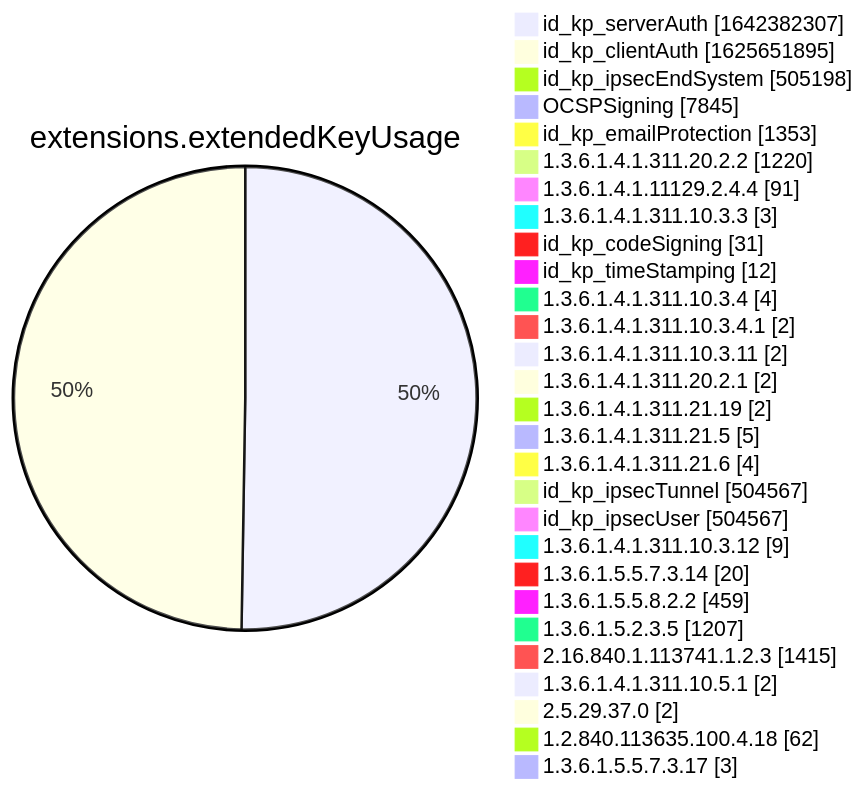
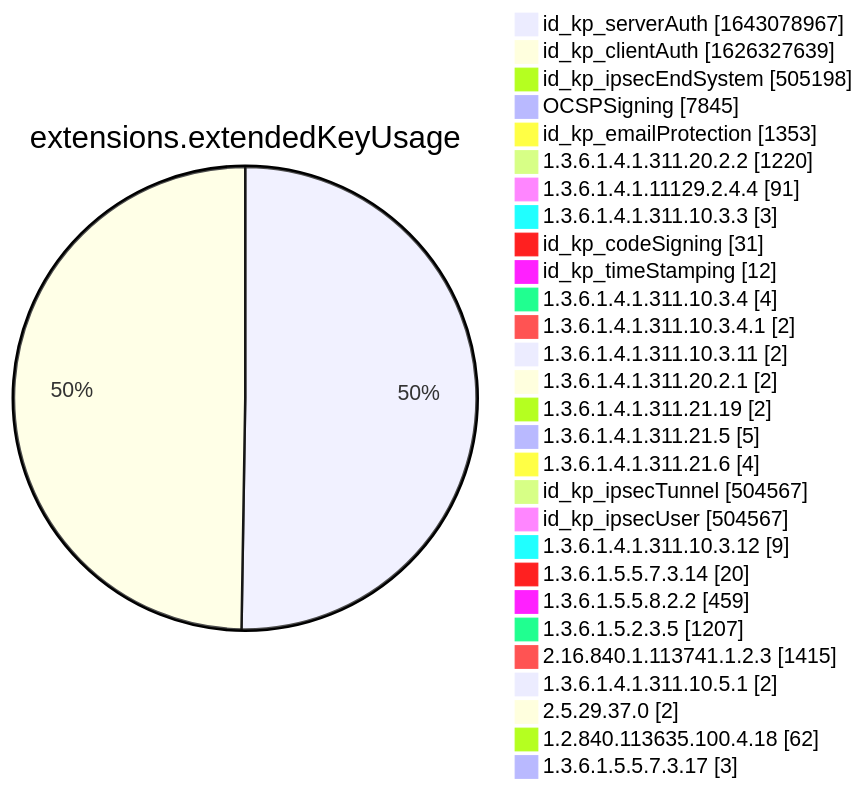
Diagram 12 of 15 in xenon2022/README.md (christiankrug/ctmonitor_visualization), drawn with Mermaid before and after one commit. The commit also changed other lines of this file, not shown here.

````diff
--- a/xenon2022/README.md
+++ b/xenon2022/README.md
@@ -3886,32 +3886,32 @@
 ```mermaid
 pie showData
 title extensions.extendedKeyUsage
-"id_kp_serverAuth" :1642382307
-"id_kp_clientAuth" :1625651895
+"id_kp_serverAuth" :1643078967
+"id_kp_clientAuth" :1626327639
 "id_kp_ipsecEndSystem" :505198
 "OCSPSigning" :7845
 "id_kp_emailProtection" :1353
 "1.3.6.1.4.1.311.20.2.2" :1220
 "1.3.6.1.4.1.11129.2.4.4" :91
 "1.3.6.1.4.1.311.10.3.3" :3
 "id_kp_codeSigning" :31
 "id_kp_timeStamping" :12
 "1.3.6.1.4.1.311.10.3.4" :4
 "1.3.6.1.4.1.311.10.3.4.1" :2
 "1.3.6.1.4.1.311.10.3.11" :2
 "1.3.6.1.4.1.311.20.2.1" :2
 "1.3.6.1.4.1.311.21.19" :2
 "1.3.6.1.4.1.311.21.5" :5
 "1.3.6.1.4.1.311.21.6" :4
 "id_kp_ipsecTunnel" :504567
 "id_kp_ipsecUser" :504567
 "1.3.6.1.4.1.311.10.3.12" :9
 "1.3.6.1.5.5.7.3.14" :20
 "1.3.6.1.5.5.8.2.2" :459
 "1.3.6.1.5.2.3.5" :1207
 "2.16.840.1.113741.1.2.3" :1415
 "1.3.6.1.4.1.311.10.5.1" :2
 "2.5.29.37.0" :2
 "1.2.840.113635.100.4.18" :62
 "1.3.6.1.5.5.7.3.17" :3
 ```
````
